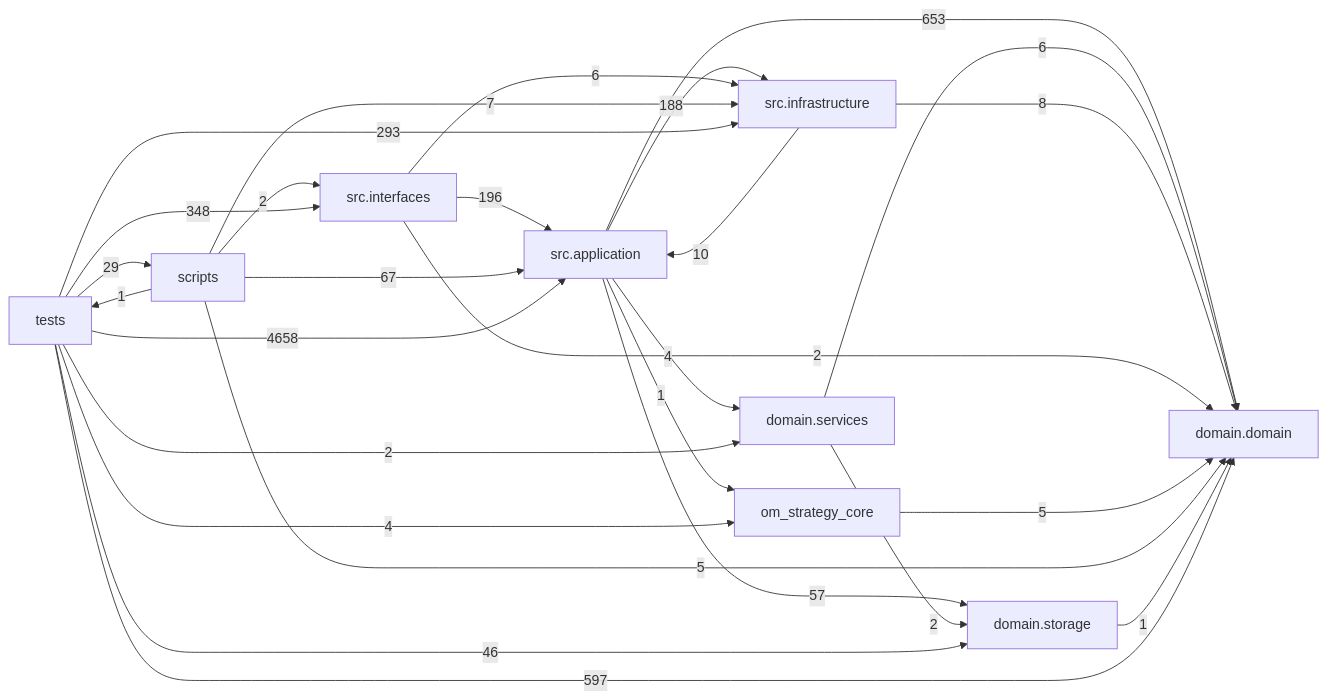
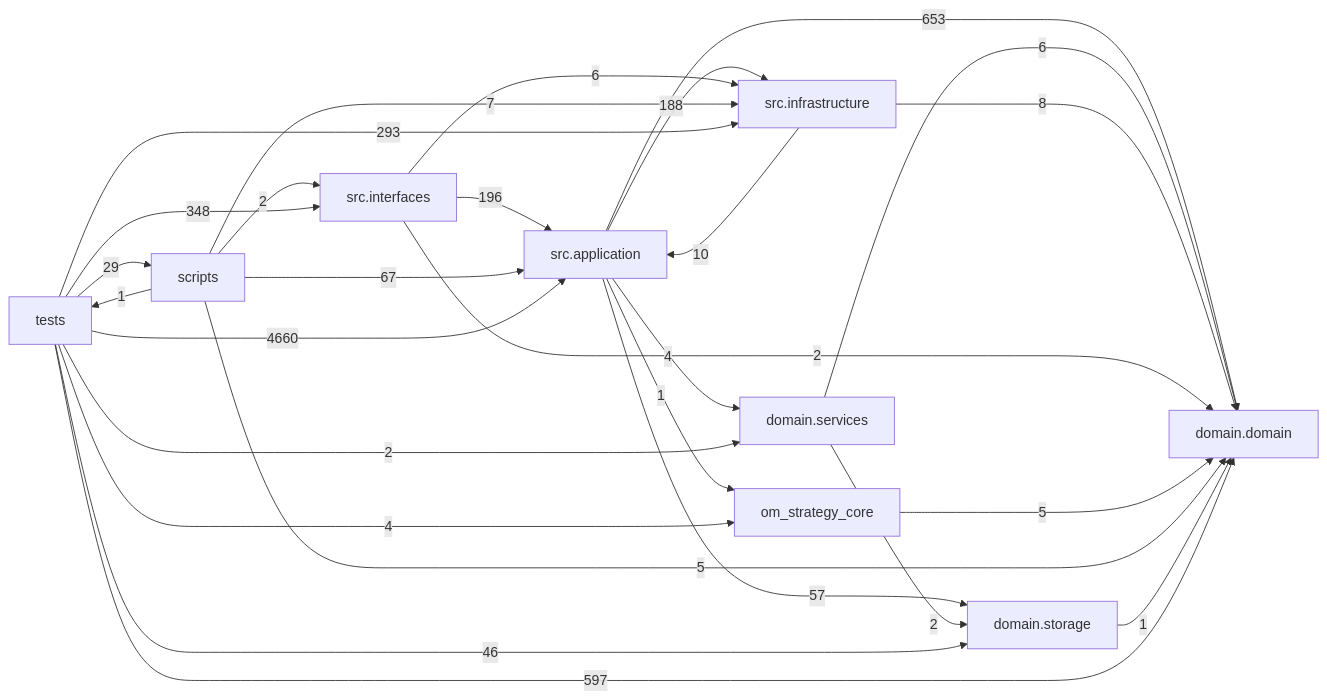
One commit to liuxie066/options-monitor changed the diagram in docs/DEPENDENCY_GRAPH.md. Above: the diagram before and after it, drawn with Mermaid. The commit also changed other lines of this file and 2 other files, not shown here.

````diff
--- a/docs/DEPENDENCY_GRAPH.md
+++ b/docs/DEPENDENCY_GRAPH.md
@@ -24,38 +24,38 @@
 ```mermaid
 flowchart LR
   tests["tests"]
   scripts["scripts"]
   interfaces["src.interfaces"]
   application["src.application"]
   infrastructure["src.infrastructure"]
   domain_services["domain.services"]
   domain["domain.domain"]
   storage["domain.storage"]
   application -->|653| domain
   application -->|4| domain_services
   application -->|188| infrastructure
   application -->|1| om_strategy_core
   application -->|57| storage
   domain_services -->|6| domain
   domain_services -->|2| storage
   infrastructure -->|10| application
   infrastructure -->|8| domain
   interfaces -->|196| application
   interfaces -->|2| domain
   interfaces -->|6| infrastructure
   om_strategy_core -->|5| domain
   scripts -->|67| application
   scripts -->|5| domain
   scripts -->|7| infrastructure
   scripts -->|2| interfaces
   scripts -->|1| tests
   storage -->|1| domain
-  tests -->|4658| application
+  tests -->|4660| application
   tests -->|597| domain
   tests -->|2| domain_services
   tests -->|293| infrastructure
   tests -->|348| interfaces
   tests -->|4| om_strategy_core
   tests -->|29| scripts
   tests -->|46| storage
 ```
````
